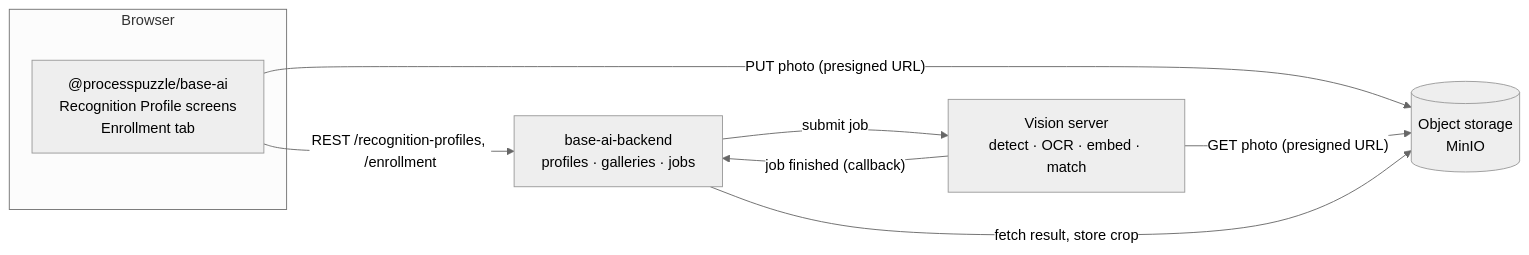
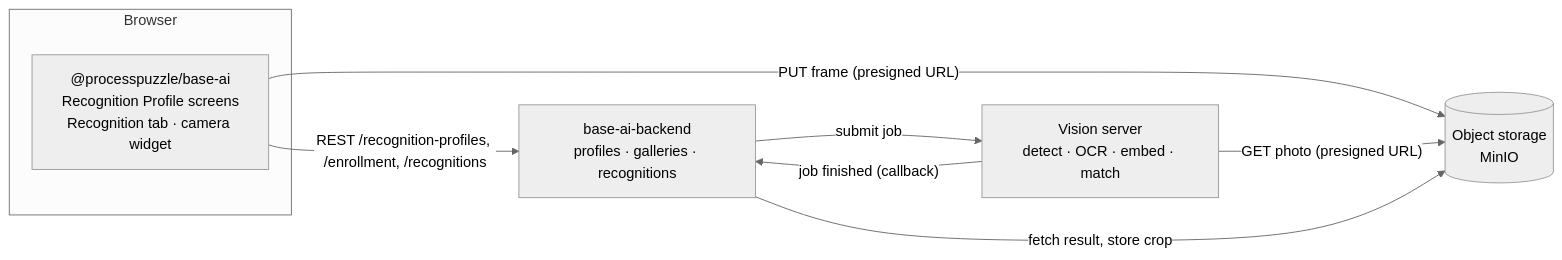
Before and after one commit to ZsZs/processpuzzle: the diagram in libs/js-shared/base-ai-frontend/README.md, drawn with Mermaid (neutral theme). The commit also changed other lines of this file and 84 other files, not shown here.

Commit message:
feature(base-ai): Redesign the image recognition process.

````diff
--- a/libs/js-shared/base-ai-frontend/README.md
+++ b/libs/js-shared/base-ai-frontend/README.md
@@ -35,16 +36,16 @@
 ```mermaid
 flowchart LR
   subgraph Browser
-    UI["@processpuzzle/base-ai<br/>Recognition Profile screens<br/>Enrollment tab"]
+    UI["@processpuzzle/base-ai<br/>Recognition Profile screens<br/>Recognition tab · camera widget"]
   end
-  BE["base-ai-backend<br/>profiles · galleries · jobs"]
+  BE["base-ai-backend<br/>profiles · galleries · recognitions"]
   S3[("Object storage<br/>MinIO")]
   VS["Vision server<br/>detect · OCR · embed · match"]
 
-  UI -- "REST /recognition-profiles, /enrollment" --> BE
-  UI -- "PUT photo (presigned URL)" --> S3
+  UI -- "REST /recognition-profiles, /enrollment, /recognitions" --> BE
+  UI -- "PUT frame (presigned URL)" --> S3
   BE -- "submit job" --> VS
   VS -- "GET photo (presigned URL)" --> S3
   VS -- "job finished (callback)" --> BE
   BE -- "fetch result, store crop" --> S3
 ```
````
